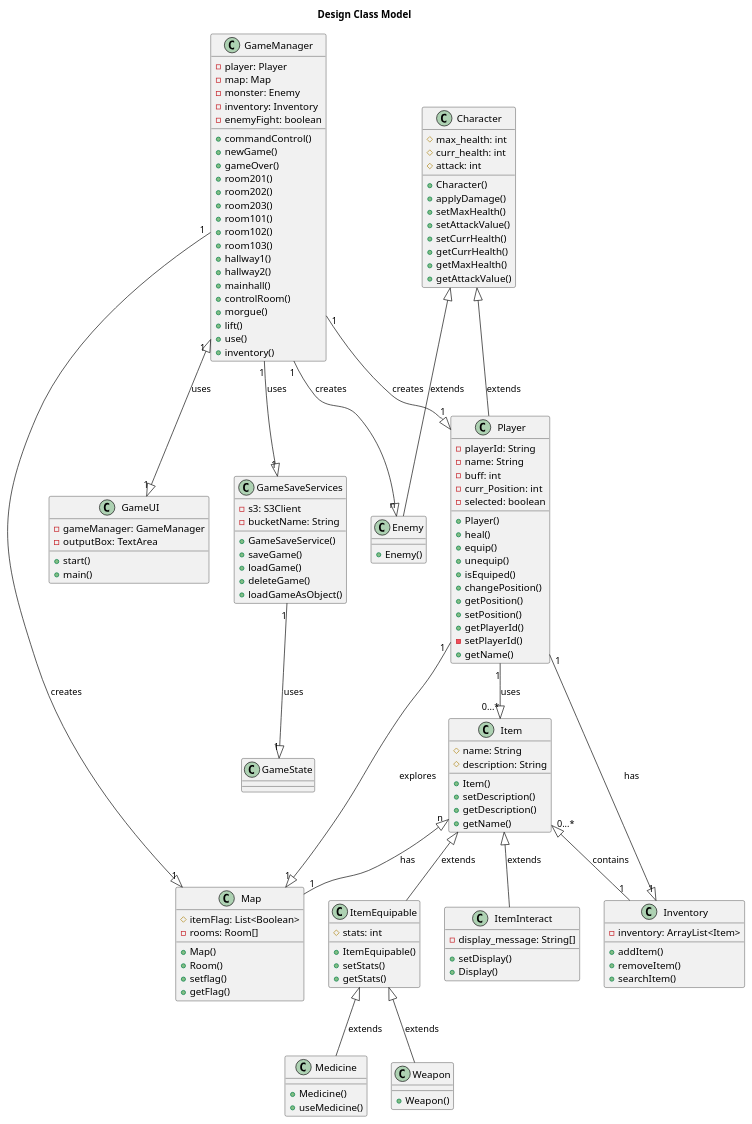
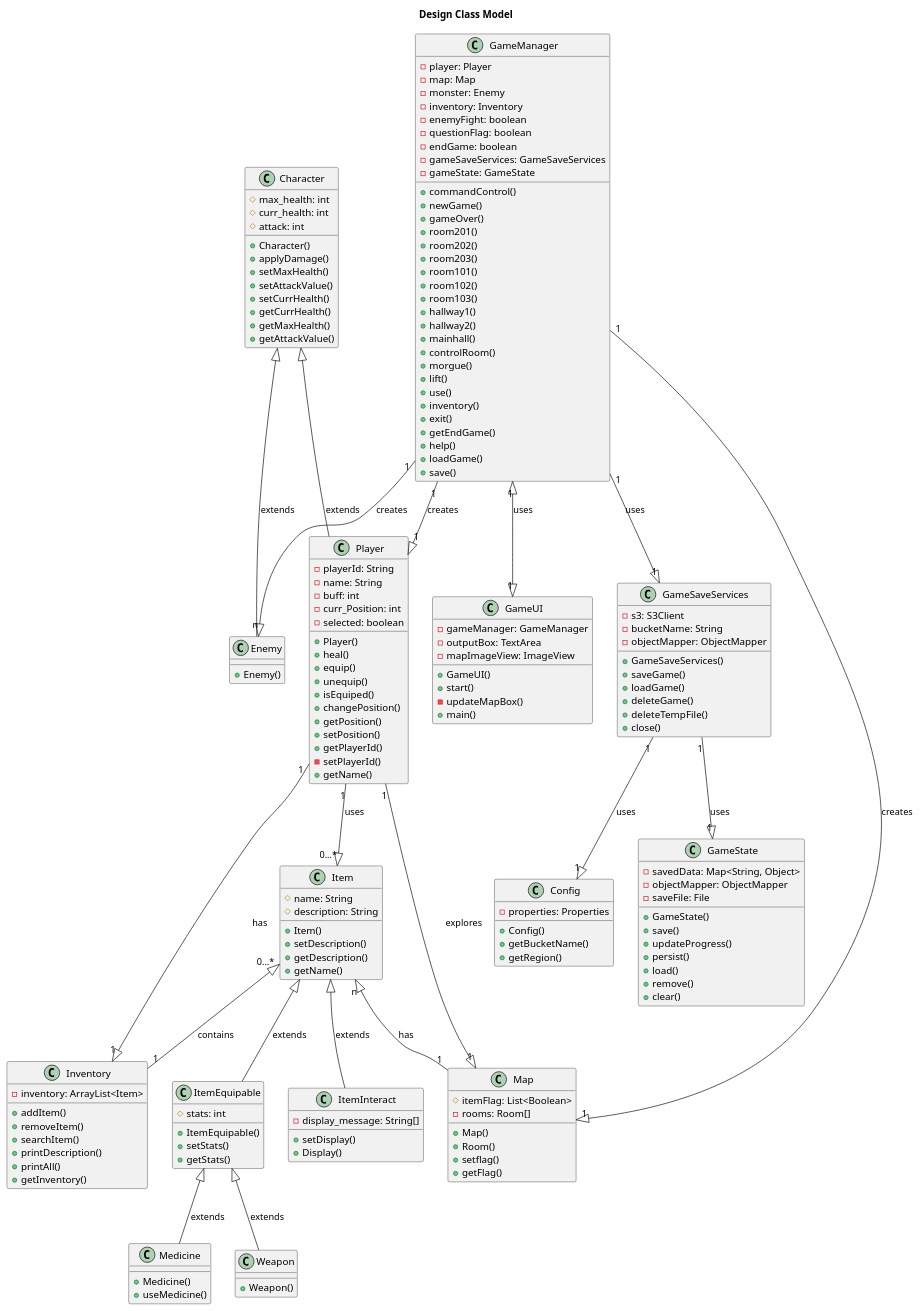
The diagram in docs/uml/DesignClassModel.plantuml (LimeiGuan/Text_Adventure_Game), drawn with PlantUML before and after one commit.

```diff
--- a/docs/uml/DesignClassModel.plantuml
+++ b/docs/uml/DesignClassModel.plantuml
@@ -45,8 +45,11 @@
 class GameUI{
   -gameManager: GameManager
   -outputBox: TextArea
+  -mapImageView: ImageView
   
+  +GameUI()
   +start()
+  -updateMapBox()
   +main()
 }
 
@@ -56,6 +59,10 @@
   -monster: Enemy
   -inventory: Inventory
   -enemyFight: boolean
+  -questionFlag: boolean
+  -endGame: boolean
+  -gameSaveServices: GameSaveServices
+  -gameState: GameState
   
   +commandControl()
   +newGame()
@@ -74,20 +81,46 @@
   +lift()
   +use()
   +inventory()
+  +exit()
+  +getEndGame()
+  +help()
+  +loadGame()
+  +save()
 }
 
 class GameSaveServices{
   -s3: S3Client
   -bucketName: String
+  -objectMapper: ObjectMapper
   
-  +GameSaveService()
+  +GameSaveServices()
   +saveGame()
   +loadGame()
   +deleteGame()
-  +loadGameAsObject()
+  +deleteTempFile()
+  +close()
 }
 
 class GameState{
+  -savedData: Map<String, Object>
+  -objectMapper: ObjectMapper
+  -saveFile: File
+  
+  +GameState()
+  +save()
+  +updateProgress()
+  +persist()
+  +load()
+  +remove()
+  +clear()
+}
+
+class Config{
+  - properties: Properties
+  
+  +Config()
+  +getBucketName()
+  +getRegion()
 }
 
 class Inventory{
@@ -96,6 +129,9 @@
   +addItem()
   +removeItem()
   +searchItem()
+  +printDescription()
+  +printAll()
+  +getInventory()
 }
 
 class Item{
@@ -163,5 +199,6 @@
 GameManager"1" --|> "1"Map : creates
 GameManager"1" --|> "1"GameSaveServices : uses
 GameSaveServices"1" --|> "1"GameState : uses
+GameSaveServices"1" --|> "1"Config : uses
 
 @enduml
```
